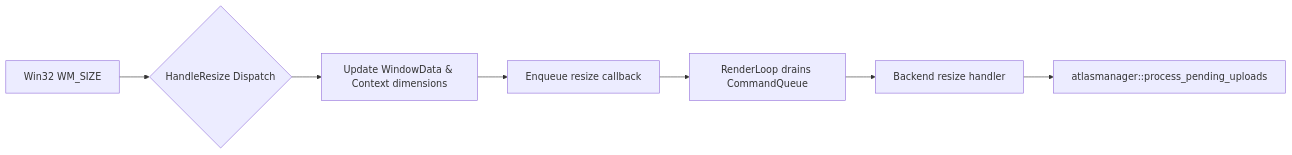
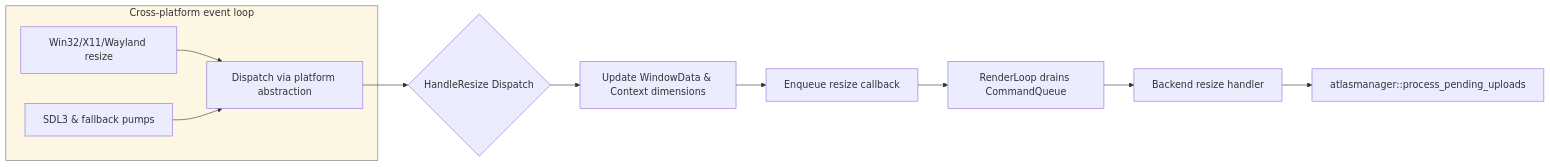
The second of 2 diagrams in README.md (Autodidac/epochengine), drawn with Mermaid before and after one commit. The commit also changed other lines of this file, not shown here.

Commit message:
Update README mermaid diagrams for cross-platform flows

````diff
--- a/README.md
+++ b/README.md
@@ -54,9 +59,15 @@
 ```mermaid
 flowchart LR
-    WM_SIZE[Win32 WM_SIZE] --> HandleResize{HandleResize Dispatch}
+    style PlatformEvents fill:#fdf6e3,stroke:#657b83,stroke-width:1px
+    subgraph PlatformEvents [Cross-platform event loop]
+        WM_SIZE[Win32/X11/Wayland resize] --> PlatformDispatch[Dispatch via platform abstraction]
+        SDLResize[SDL3 & fallback pumps] --> PlatformDispatch
+    end
+
+    PlatformDispatch --> HandleResize{HandleResize Dispatch}
     HandleResize --> UpdateShared[Update WindowData & Context dimensions]
     UpdateShared --> QueueResize[Enqueue resize callback]
     QueueResize --> RenderThread[RenderLoop drains CommandQueue]
     RenderThread --> BackendResize[Backend resize handler]
     BackendResize --> AtlasCheck[atlasmanager::process_pending_uploads]
 ```
````
